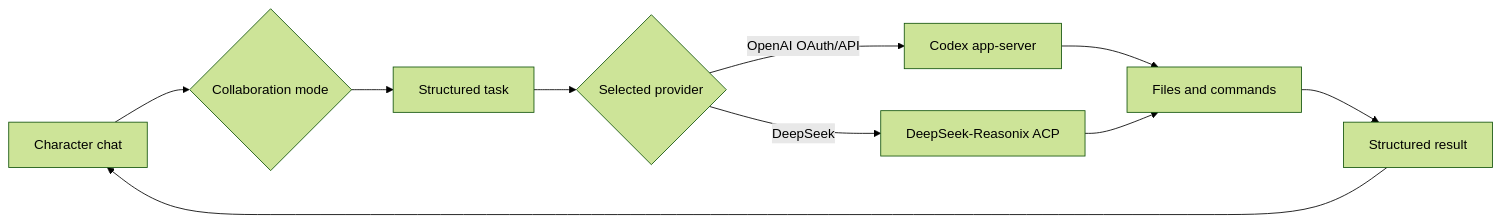
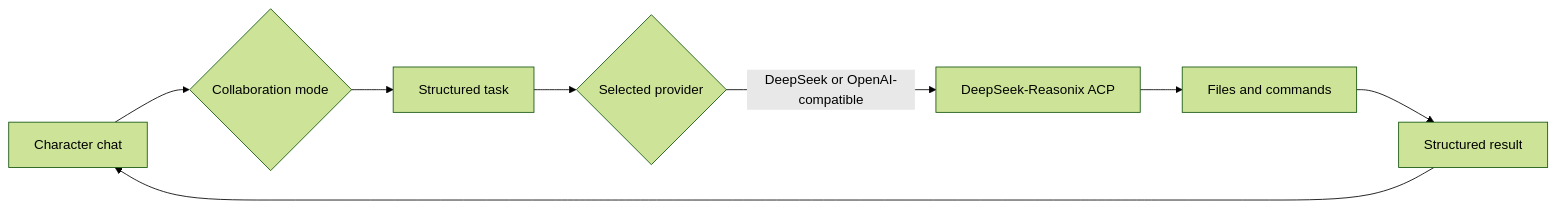
The diagram in README.en.md (Jonah-Wu23/HSR_Partner_Harness), drawn with Mermaid (forest theme) before and after one commit. The commit also changed other lines of this file and 278 other files, not shown here.

````diff
--- a/README.en.md
+++ b/README.en.md
@@ -41,12 +41,10 @@
 ```mermaid
 flowchart LR
     A[Character chat] --> B{Collaboration mode}
     B --> C[Structured task]
     C --> D{Selected provider}
-    D -->|OpenAI OAuth/API| E[Codex app-server]
-    D -->|DeepSeek| F[DeepSeek-Reasonix ACP]
-    E --> G[Files and commands]
-    F --> G
+    D -->|DeepSeek or OpenAI-compatible| F[DeepSeek-Reasonix ACP]
+    F --> G[Files and commands]
     G --> H[Structured result]
     H --> A
 ```
````
